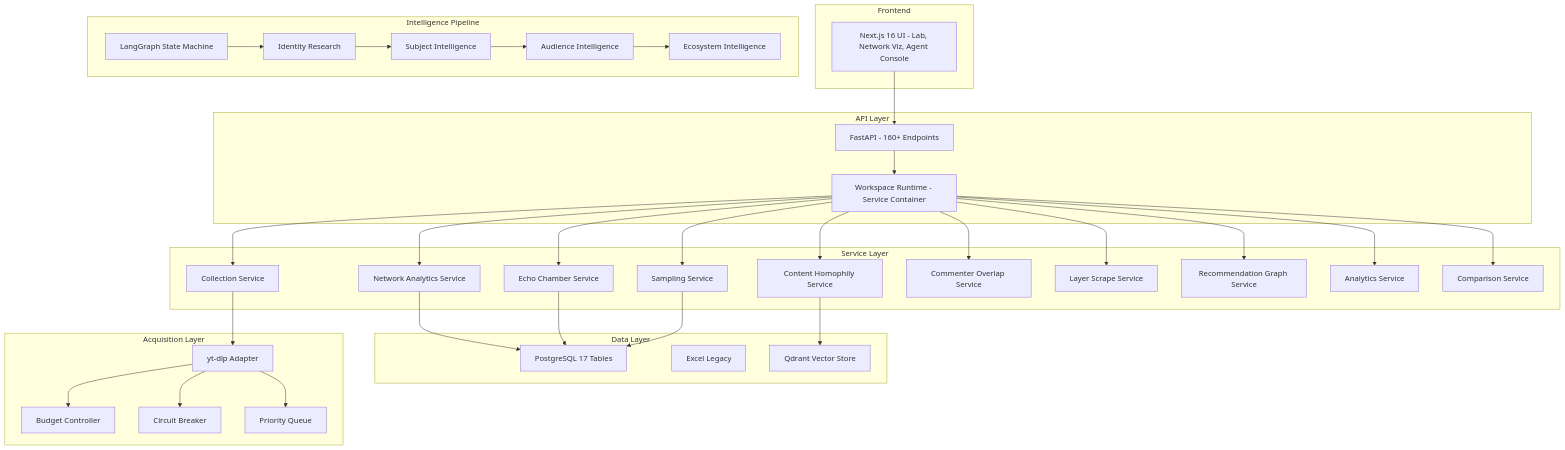
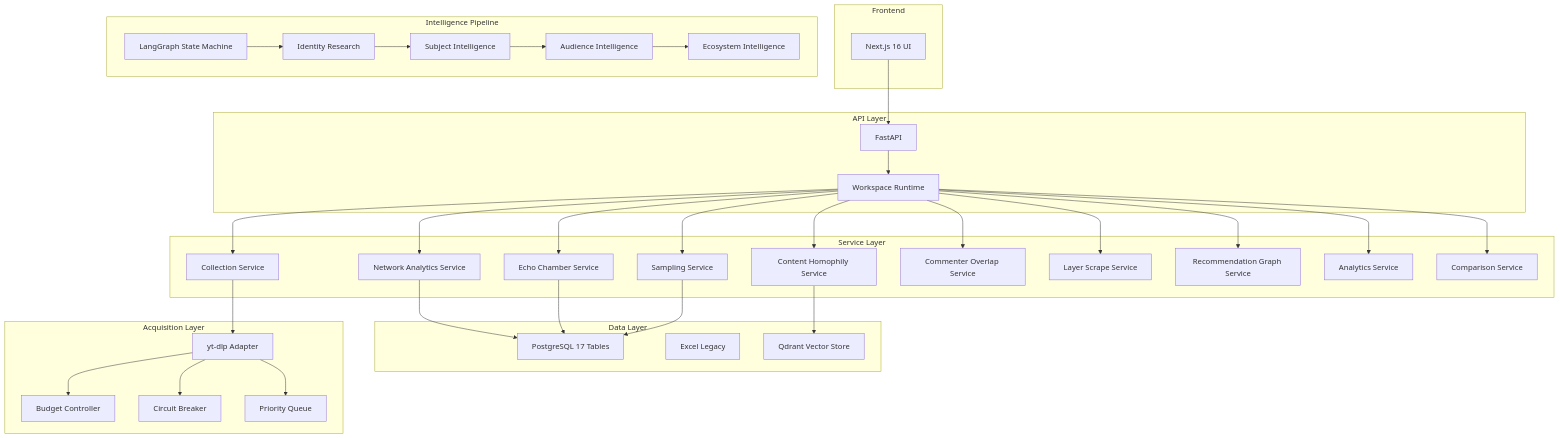
Before and after one commit to Ahmed-yasser86/The_CSocial_Science_Lab: the fourth of 7 diagrams in README.md, drawn with Mermaid. The commit also changed other lines of this file, not shown here.

First line of the commit message:
fix: simplify Mermaid diagrams for GitHub rendering

````diff
--- a/README.md
+++ b/README.md
@@ -1171,61 +1171,61 @@
 ```mermaid
 graph TB
     subgraph "Frontend"
-        UI[Next.js 16 UI - Lab, Network Viz, Agent Console]
+        UI[Next.js 16 UI]
     end
     subgraph "API Layer"
-        FA[FastAPI - 160+ Endpoints]
-        WS[Workspace Runtime - Service Container]
+        FA[FastAPI]
+        WS[Workspace Runtime]
     end
     subgraph "Service Layer"
         CS[Collection Service]
         NS[Network Analytics Service]
         ES[Echo Chamber Service]
         SS[Sampling Service]
         CHS[Content Homophily Service]
         COS[Commenter Overlap Service]
         LRS[Layer Scrape Service]
         RGS[Recommendation Graph Service]
         AS[Analytics Service]
         CS2[Comparison Service]
     end
     subgraph "Data Layer"
         PG[PostgreSQL 17 Tables]
         EX[Excel Legacy]
         QD[Qdrant Vector Store]
     end
     subgraph "Acquisition Layer"
         YD[yt-dlp Adapter]
         BC[Budget Controller]
         CB[Circuit Breaker]
         PQ[Priority Queue]
     end
     subgraph "Intelligence Pipeline"
         LG[LangGraph State Machine]
         IR[Identity Research]
         SI[Subject Intelligence]
         AI[Audience Intelligence]
         EI[Ecosystem Intelligence]
     end
     UI --> FA
     FA --> WS
     WS --> CS
     WS --> NS
     WS --> ES
     WS --> SS
     WS --> CHS
     WS --> COS
     WS --> LRS
     WS --> RGS
     WS --> AS
     WS --> CS2
     CS --> YD
     YD --> BC
     YD --> CB
     YD --> PQ
     NS --> PG
     ES --> PG
     SS --> PG
     CHS --> QD
     LG --> IR --> SI --> AI --> EI
 ```
````
